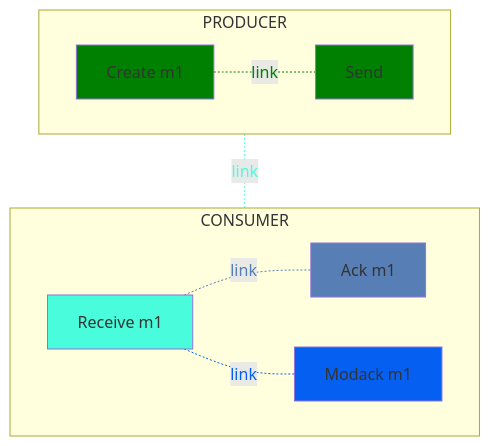
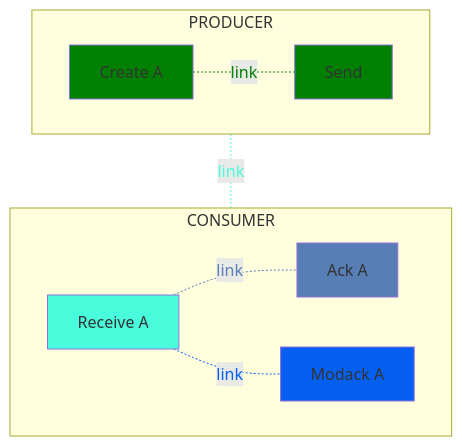
Before and after one commit to open-telemetry/semantic-conventions: the second of 2 diagrams in docs/messaging/gcp-pubsub.md, drawn with Mermaid. The commit also changed other lines of this file and 2 other files, not shown here.

Commit message:
Adapt messaging examples/tables (#1473)

````diff
--- a/docs/messaging/gcp-pubsub.md
+++ b/docs/messaging/gcp-pubsub.md
@@ -161,41 +161,41 @@
 ```mermaid
 flowchart TD;
   subgraph CONSUMER
   direction LR
-  R1[Receive m1]
-  SM1[Ack m1]
-  EM1[Modack m1]
+  R1[Receive A]
+  SM1[Ack A]
+  EM1[Modack A]
   end
   subgraph PRODUCER
   direction LR
-  CM1[Create m1]
+  CM1[Create A]
   PM1[Send]
   end
   %% Link 0
   CM1-. link .-PM1;
   %% Link 1
   CM1-. link .-R1;
   %% Link 2
   R1-. link .-SM1;
   %% Link 3
   R1-. link .-EM1;
 
   %% Style the node and corresponding link
   %% Producer links and nodes
   classDef producer fill:green
   class PM1,CM1 producer
   linkStyle 0 color:green,stroke:green
 
   %% Consumer links and nodes
   classDef consumer fill:#49fcdc
   class R1 consumer
   linkStyle 1 color:#49fcdc,stroke:#49fcdc
 
   classDef ack fill:#577eb5
   class SM1 ack
   linkStyle 2 color:#577eb5,stroke:#577eb5
 
   classDef modack fill:#0560f2
   class EM1 modack
   linkStyle 3 color:#0560f2,stroke:#0560f2
 ```
````
